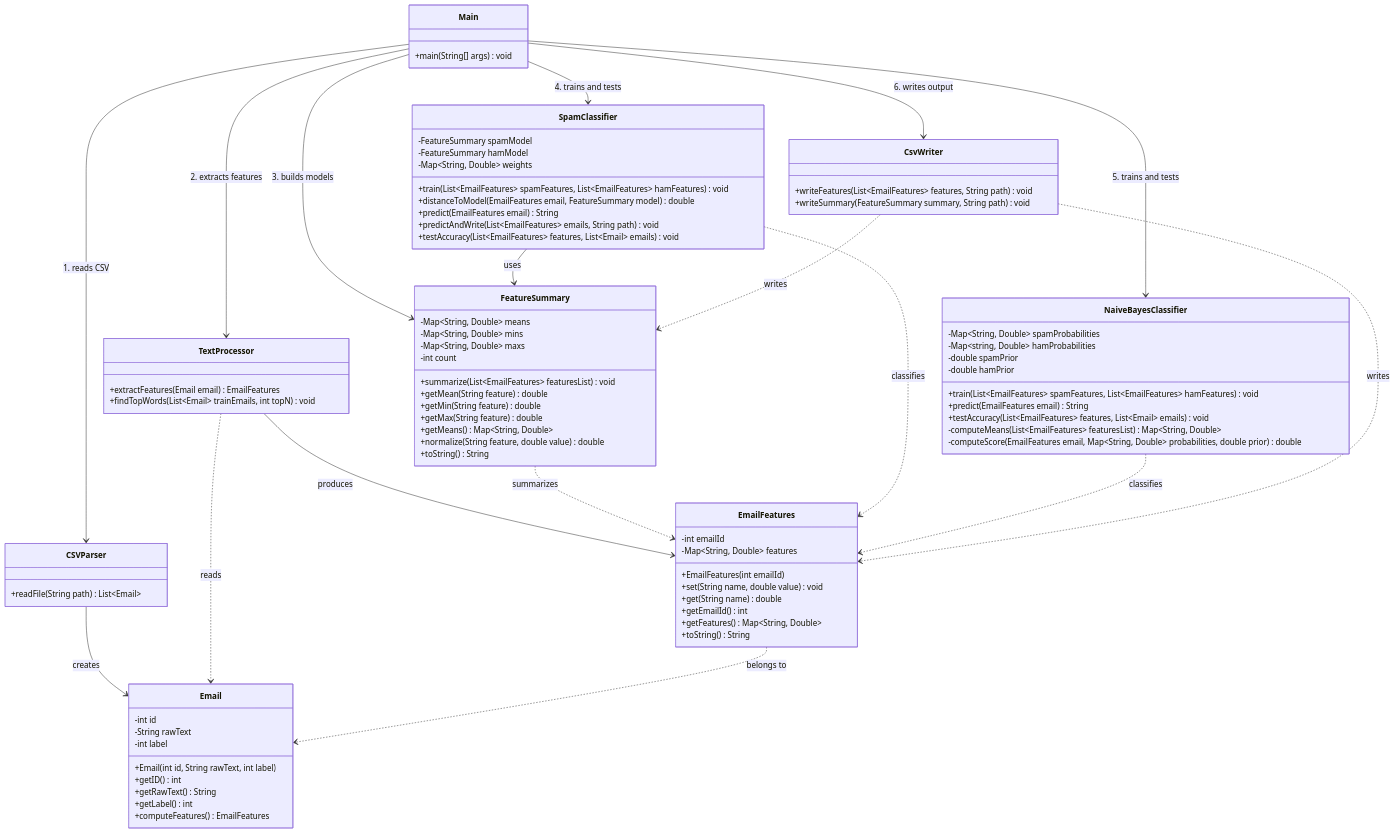
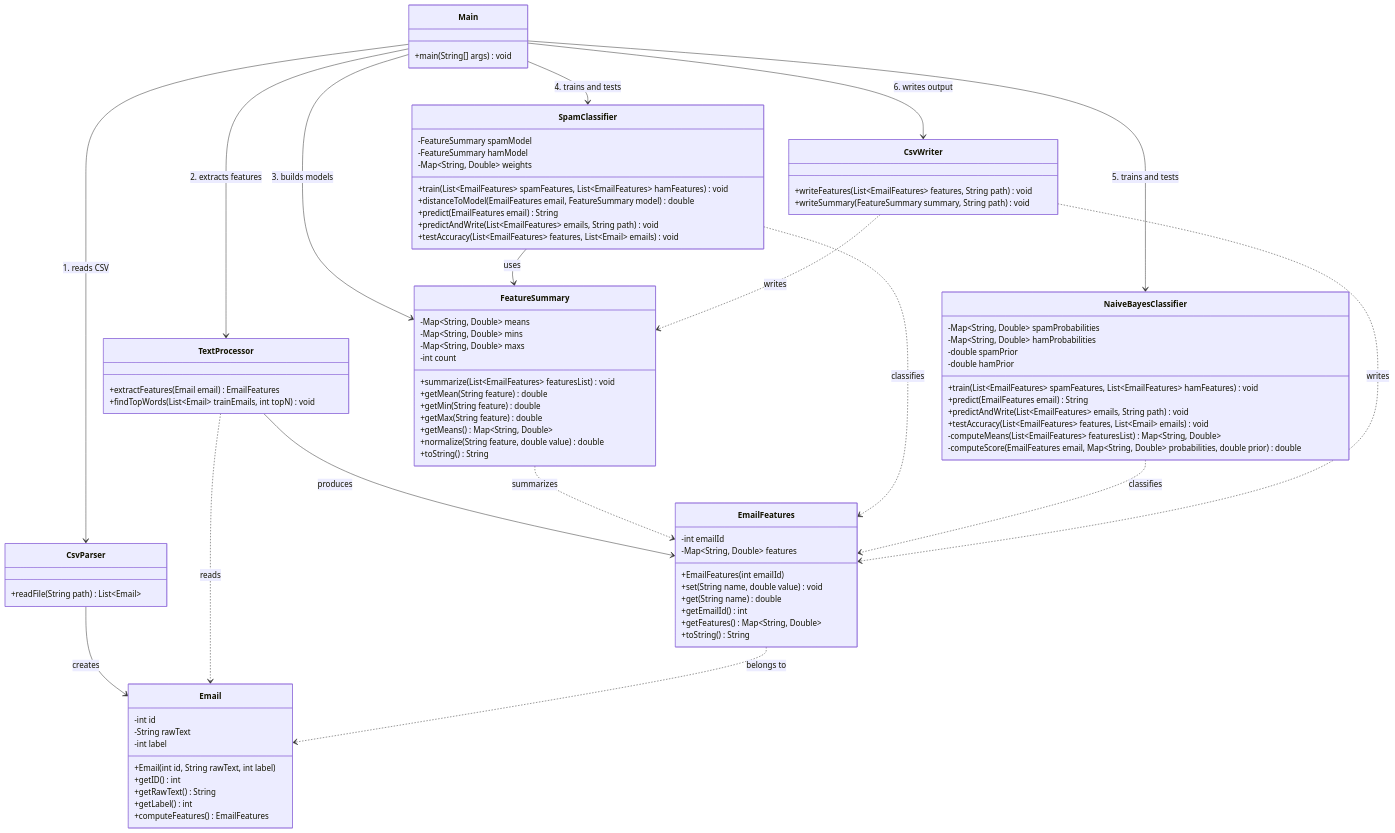
The diagram in README.md (CarterFennen/CSCIII-WCU-Spam-Email-Filter), drawn with Mermaid before and after one commit. The commit also changed other lines of this file, not shown here.

```diff
--- a/README.md
+++ b/README.md
@@ -9,7 +9,7 @@
         +main(String[] args) void
     }
 
-    class CSVParser {
+    class CsvParser {
         +readFile(String path) List~Email~
     }
 
@@ -72,24 +72,25 @@
 
     class NaiveBayesClassifier {
         -Map~String, Double~ spamProbabilities
-        -Map~string, Double~ hamProbabilities
+        -Map~String, Double~ hamProbabilities
         -double spamPrior
         -double hamPrior
         +train(List~EmailFeatures~ spamFeatures, List~EmailFeatures~ hamFeatures) void
         +predict(EmailFeatures email) String
+        +predictAndWrite(List~EmailFeatures~ emails, String path) void
         +testAccuracy(List~EmailFeatures~ features, List~Email~ emails) void
         -computeMeans(List~EmailFeatures~ featuresList) Map~String, Double~
         -computeScore(EmailFeatures email, Map~String, Double~ probabilities, double prior) double
     }
 
-    Main --> CSVParser : 1. reads CSV
+    Main --> CsvParser : 1. reads CSV
     Main --> TextProcessor : 2. extracts features
     Main --> FeatureSummary : 3. builds models
     Main --> SpamClassifier : 4. trains and tests
     Main --> NaiveBayesClassifier : 5. trains and tests
     Main --> CsvWriter : 6. writes output
 
-    CSVParser --> Email : creates
+    CsvParser --> Email : creates
     TextProcessor --> EmailFeatures : produces
     TextProcessor ..> Email : reads
     EmailFeatures ..> Email : belongs to
```
